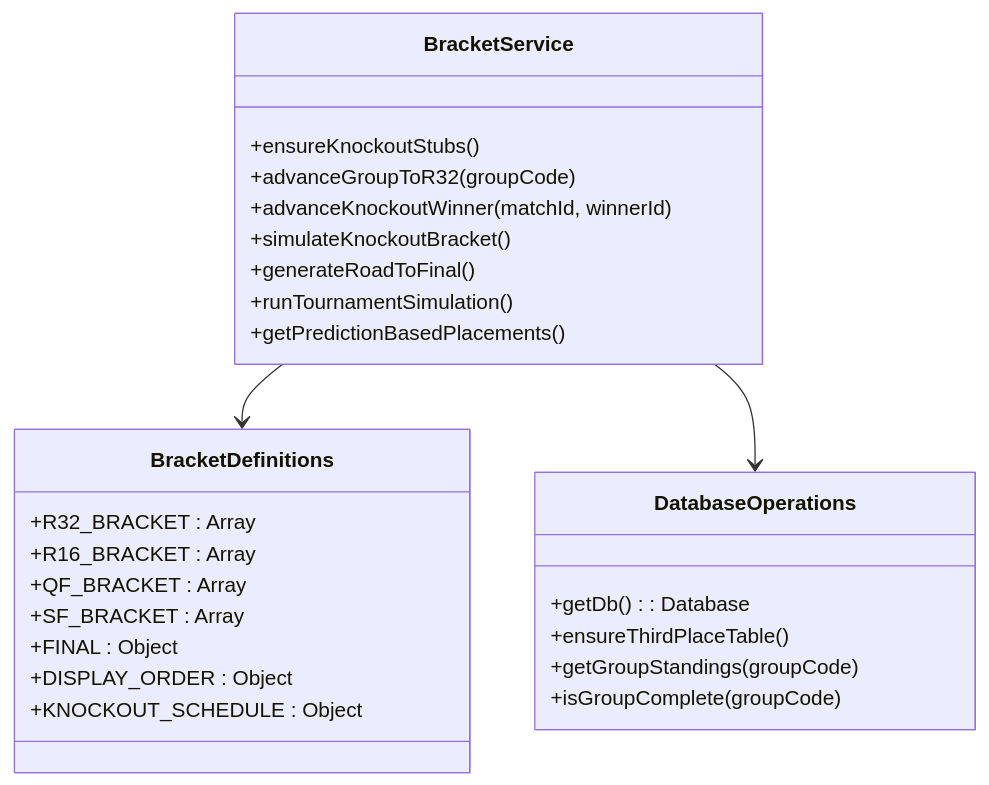
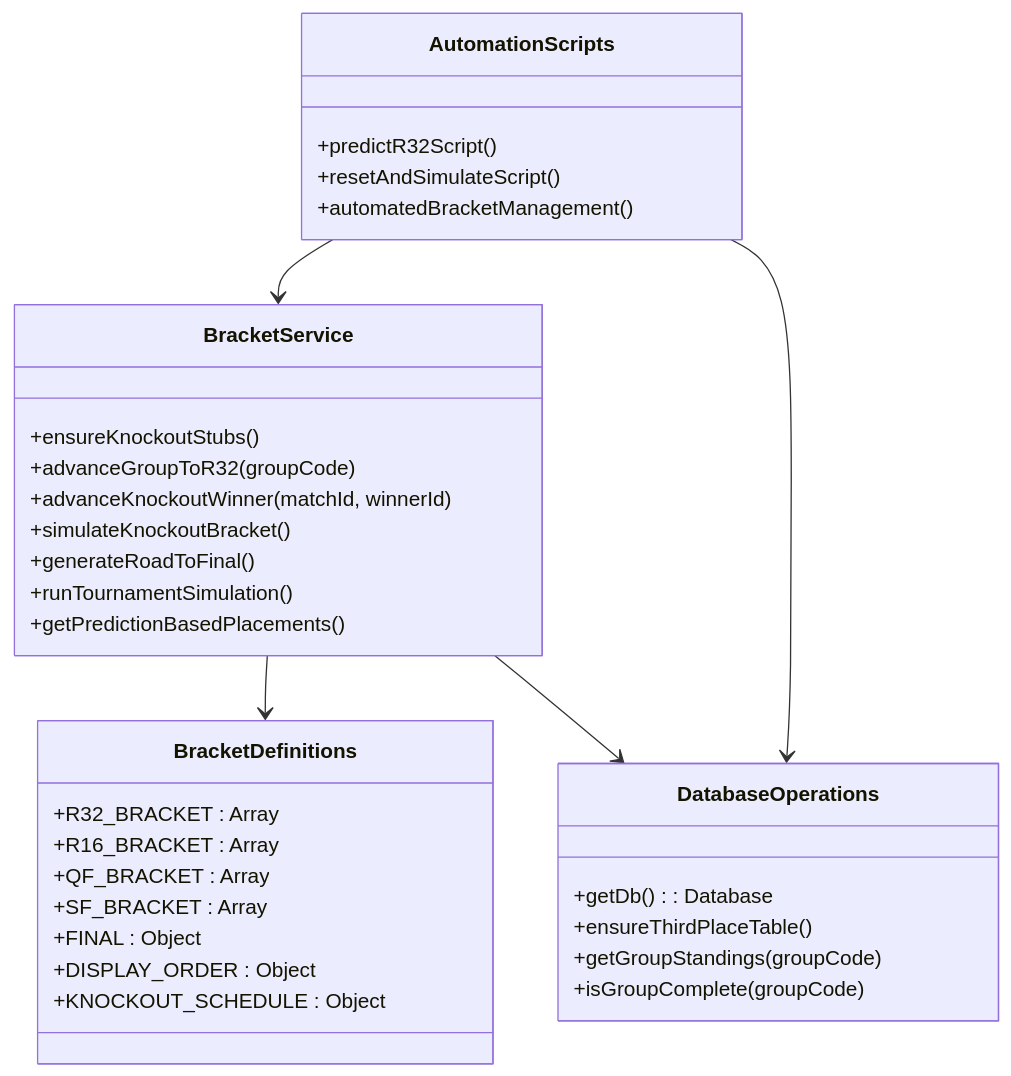
Before and after one commit to cheesiong/WC26-qwen: the second of 12 diagrams in .qoder/repowiki/en/content/API Reference/Tournament API/Knockout Bracket Management.md, drawn with Mermaid. The commit also changed other lines of this file and 49 other files, not shown here.

````diff
--- a/.qoder/repowiki/en/content/API Reference/Tournament API/Knockout Bracket Management.md
+++ b/.qoder/repowiki/en/content/API Reference/Tournament API/Knockout Bracket Management.md
@@ -79,29 +104,36 @@
 ```mermaid
 classDiagram
 class BracketService {
 +ensureKnockoutStubs()
 +advanceGroupToR32(groupCode)
 +advanceKnockoutWinner(matchId, winnerId)
 +simulateKnockoutBracket()
 +generateRoadToFinal()
 +runTournamentSimulation()
 +getPredictionBasedPlacements()
+}
+class AutomationScripts {
++predictR32Script()
++resetAndSimulateScript()
++automatedBracketManagement()
 }
 class BracketDefinitions {
 +R32_BRACKET : Array
 +R16_BRACKET : Array
 +QF_BRACKET : Array
 +SF_BRACKET : Array
 +FINAL : Object
 +DISPLAY_ORDER : Object
 +KNOCKOUT_SCHEDULE : Object
 }
 class DatabaseOperations {
 +getDb() : Database
 +ensureThirdPlaceTable()
 +getGroupStandings(groupCode)
 +isGroupComplete(groupCode)
 }
 BracketService --> BracketDefinitions
 BracketService --> DatabaseOperations
+AutomationScripts --> BracketService
+AutomationScripts --> DatabaseOperations
 ```
````
